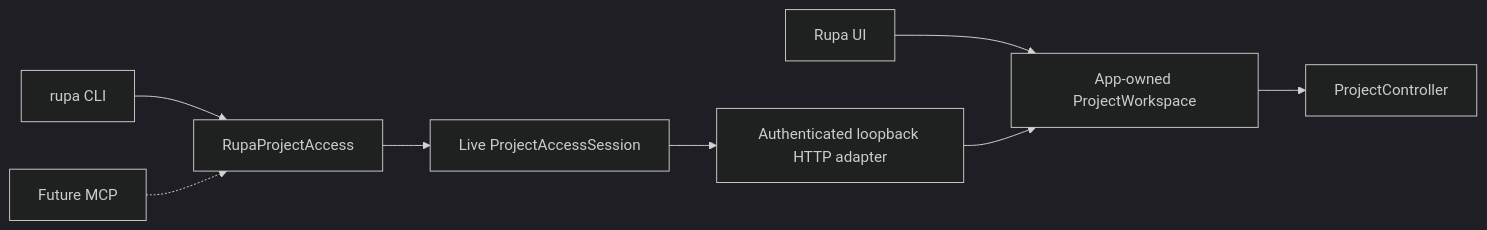
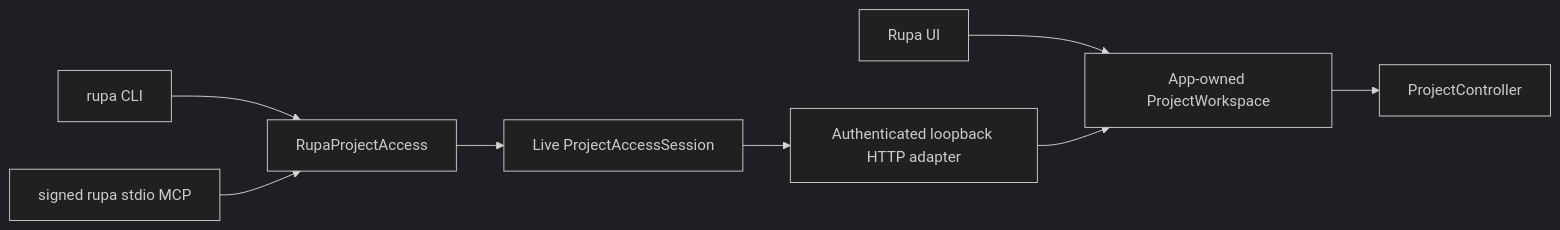
The first of 2 diagrams in RupaKit/Sources/RupaProjectAccess/DESIGN.md (1amageek/Rupa), drawn with Mermaid (dark theme) before and after one commit. The commit also changed 6 other files, not shown here.

Commit message:
Define Rupa MCP integration contract

````diff
--- a/RupaKit/Sources/RupaProjectAccess/DESIGN.md
+++ b/RupaKit/Sources/RupaProjectAccess/DESIGN.md
@@ -35,10 +35,10 @@
 ```mermaid
 flowchart LR
     UI["Rupa UI"] --> Workspace["App-owned ProjectWorkspace"]
     CLI["rupa CLI"] --> API["RupaProjectAccess"]
-    MCP["Future MCP"] -.-> API
+    MCP["signed rupa stdio MCP"] --> API
     API --> Session["Live ProjectAccessSession"]
     Session --> HTTP["Authenticated loopback HTTP adapter"]
     HTTP --> Workspace
     Workspace --> Controller["ProjectController"]
 ```
````
